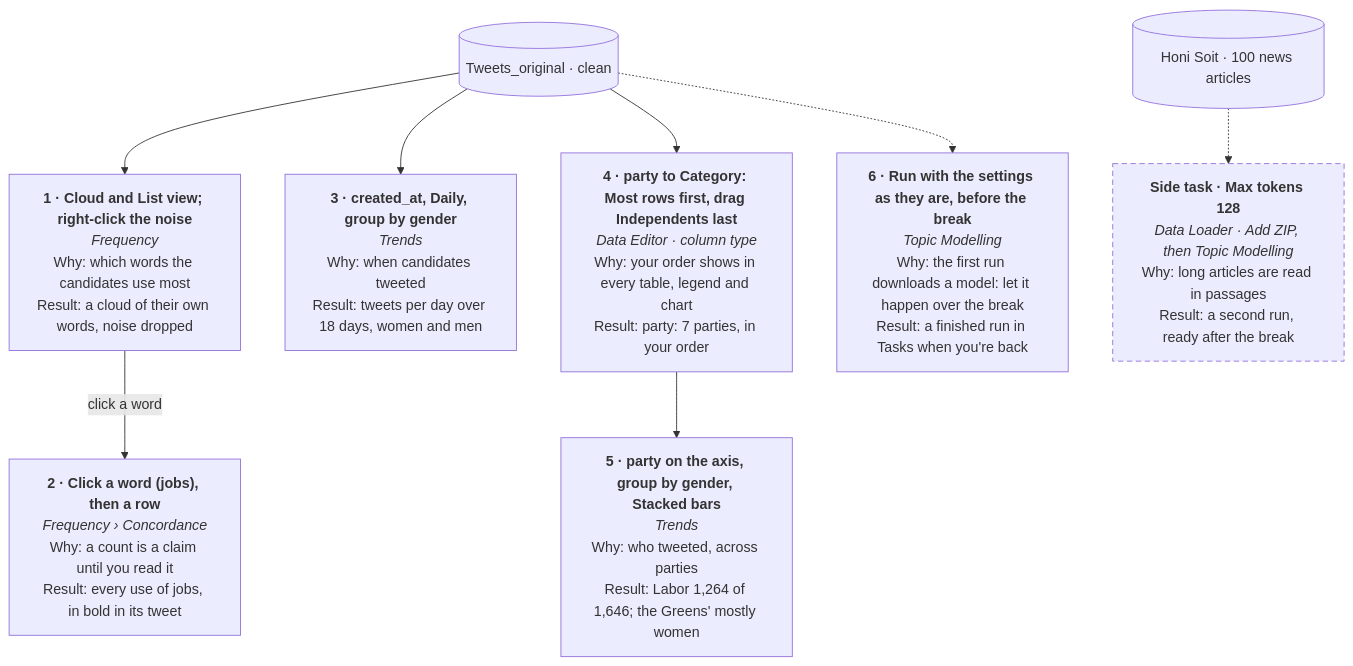
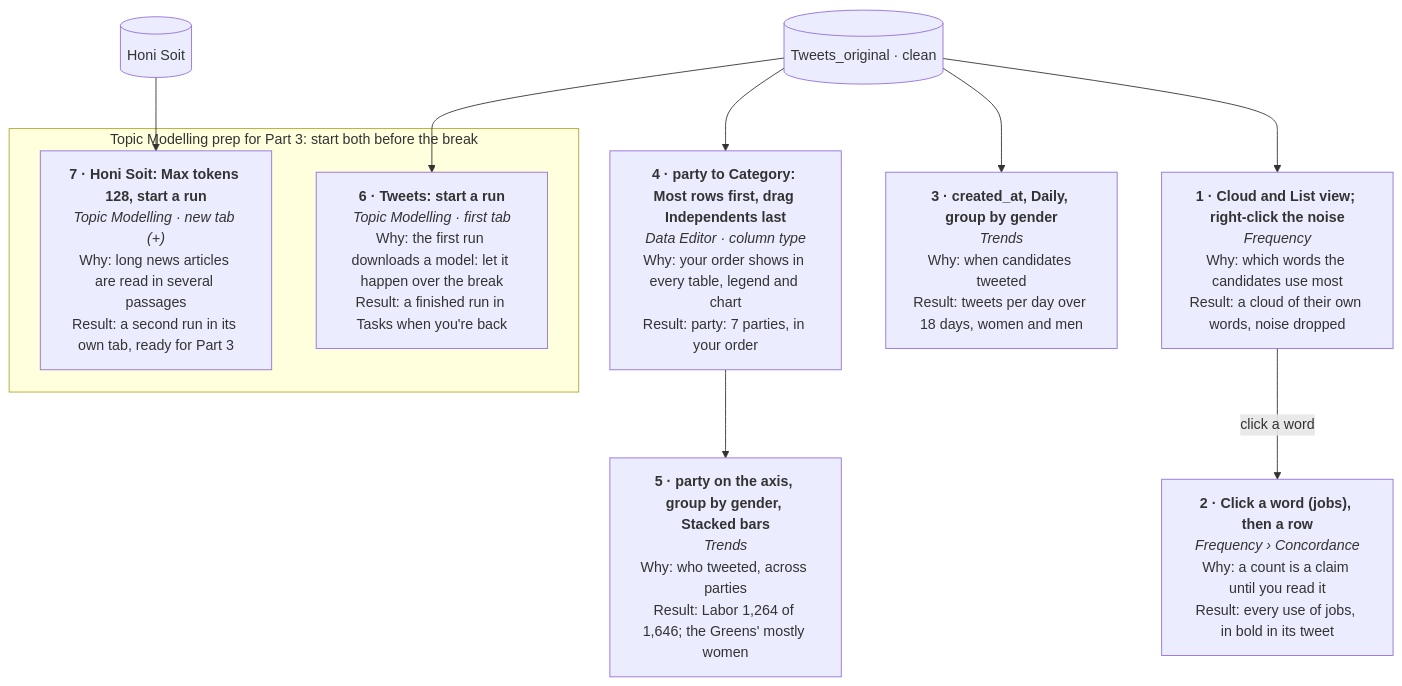
Before and after one commit to milysun/wordflow-workshop: the second of 4 diagrams in participant/hands-on-melbourne.md, drawn with Mermaid. The commit also changed other lines of this file and 8 other files, not shown here.

````diff
--- a/participant/hands-on-melbourne.md
+++ b/participant/hands-on-melbourne.md
@@ -91,40 +93,40 @@
 ```mermaid
 flowchart TD
   src[("Tweets_original · clean")]
   s1["`**1 · Cloud and List view; right-click the noise**
 *Frequency*
 Why: which words the candidates use most
 Result: a cloud of their own words, noise dropped`"]
   s2["`**2 · Click a word (jobs), then a row**
 *Frequency › Concordance*
 Why: a count is a claim until you read it
 Result: every use of jobs, in bold in its tweet`"]
   s3["`**3 · created_at, Daily, group by gender**
 *Trends*
 Why: when candidates tweeted
 Result: tweets per day over 18 days, women and men`"]
   s4["`**4 · party to Category: Most rows first, drag Independents last**
 *Data Editor · column type*
 Why: your order shows in every table, legend and chart
 Result: party: 7 parties, in your order`"]
   s5["`**5 · party on the axis, group by gender, Stacked bars**
 *Trends*
 Why: who tweeted, across parties
 Result: Labor 1,264 of 1,646; the Greens' mostly women`"]
-  s6["`**6 · Run with the settings as they are, before the break**
-*Topic Modelling*
+  honi[("Honi Soit")]
+  subgraph prep ["Topic Modelling prep for Part 3: start both before the break"]
+    s6["`**6 · Tweets: start a run**
+*Topic Modelling · first tab*
 Why: the first run downloads a model: let it happen over the break
 Result: a finished run in Tasks when you're back`"]
-  honi[("Honi Soit · 100 news articles")]
-  side["`**Side task · Max tokens 128**
-*Data Loader · Add ZIP, then Topic Modelling*
-Why: long articles are read in passages
-Result: a second run, ready after the break`"]
+    s7["`**7 · Honi Soit: Max tokens 128, start a run**
+*Topic Modelling · new tab (+)*
+Why: long news articles are read in several passages
+Result: a second run in its own tab, ready for Part 3`"]
+  end
   src --> s1 -->|click a word| s2
   src --> s3
   src --> s4 --> s5
-  src -.-> s6
-  honi -.-> side
-  classDef optional stroke-dasharray: 6 4
-  class side optional
+  src --> s6
+  honi --> s7
 ```
````
